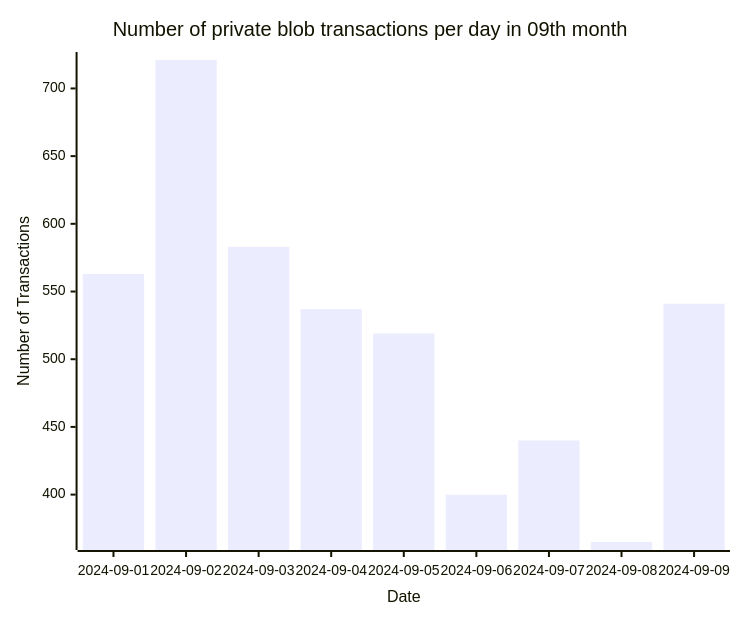
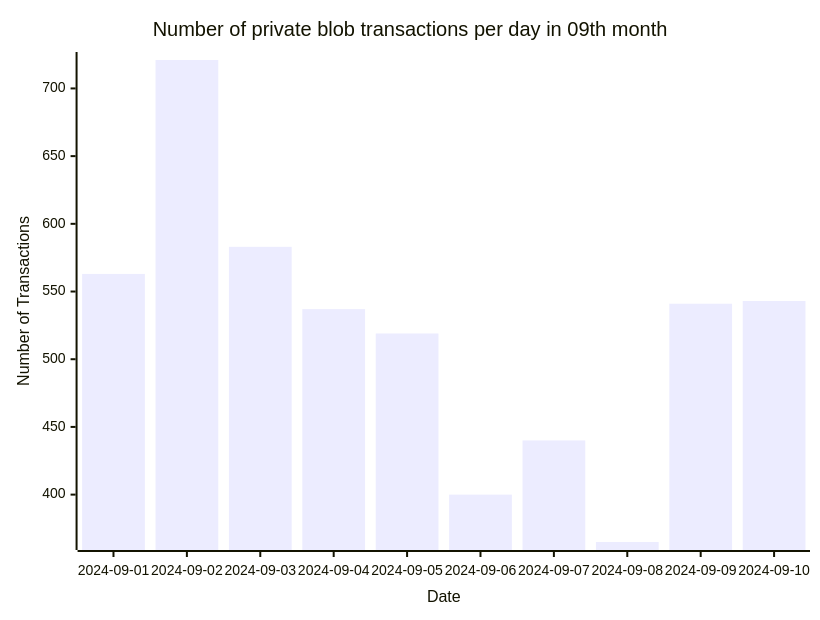
Before and after one commit to Amit0617/eip4844-data: the seventh of 7 diagrams in README.md, drawn with Mermaid. The commit also changed 1 other file, not shown here.

````diff
--- a/README.md
+++ b/README.md
@@ -79,12 +79,12 @@
 ```mermaid
 ---
 config:
     xyChart:
-        width: 720
+        width: 800
         height: 600
 ---
 xychart-beta title "Number of private blob transactions per day in 09th month"
-x-axis "Date" [2024-09-01,2024-09-02,2024-09-03,2024-09-04,2024-09-05,2024-09-06,2024-09-07,2024-09-08,2024-09-09]
+x-axis "Date" [2024-09-01,2024-09-02,2024-09-03,2024-09-04,2024-09-05,2024-09-06,2024-09-07,2024-09-08,2024-09-09,2024-09-10]
 y-axis "Number of Transactions"
-bar[563,721,583,537,519,400,440,365,541]
+bar[563,721,583,537,519,400,440,365,541,543]
 ```
````
